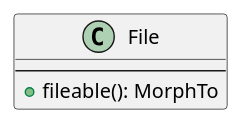
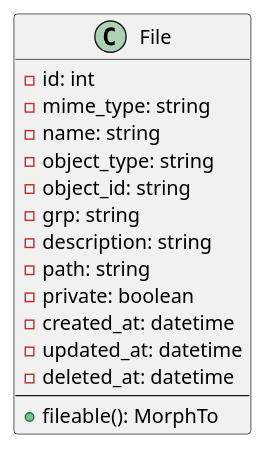
The diagram in docs/diagrams/classes/File.puml (secultce/efomento), drawn with PlantUML before and after one commit. The commit also changed 1 other file, not shown here.

```diff
--- a/docs/diagrams/classes/File.puml
+++ b/docs/diagrams/classes/File.puml
@@ -1,8 +1,20 @@
 @startuml File
 
 class File {
+    -id: int
+    -mime_type: string
+    -name: string
+    -object_type: string
+    -object_id: string
+    -grp: string
+    -description: string
+    -path: string
+    -private: boolean
+    -created_at: datetime
+    -updated_at: datetime
+    -deleted_at: datetime
     --
     +fileable(): MorphTo
 }
 
 @enduml
```
